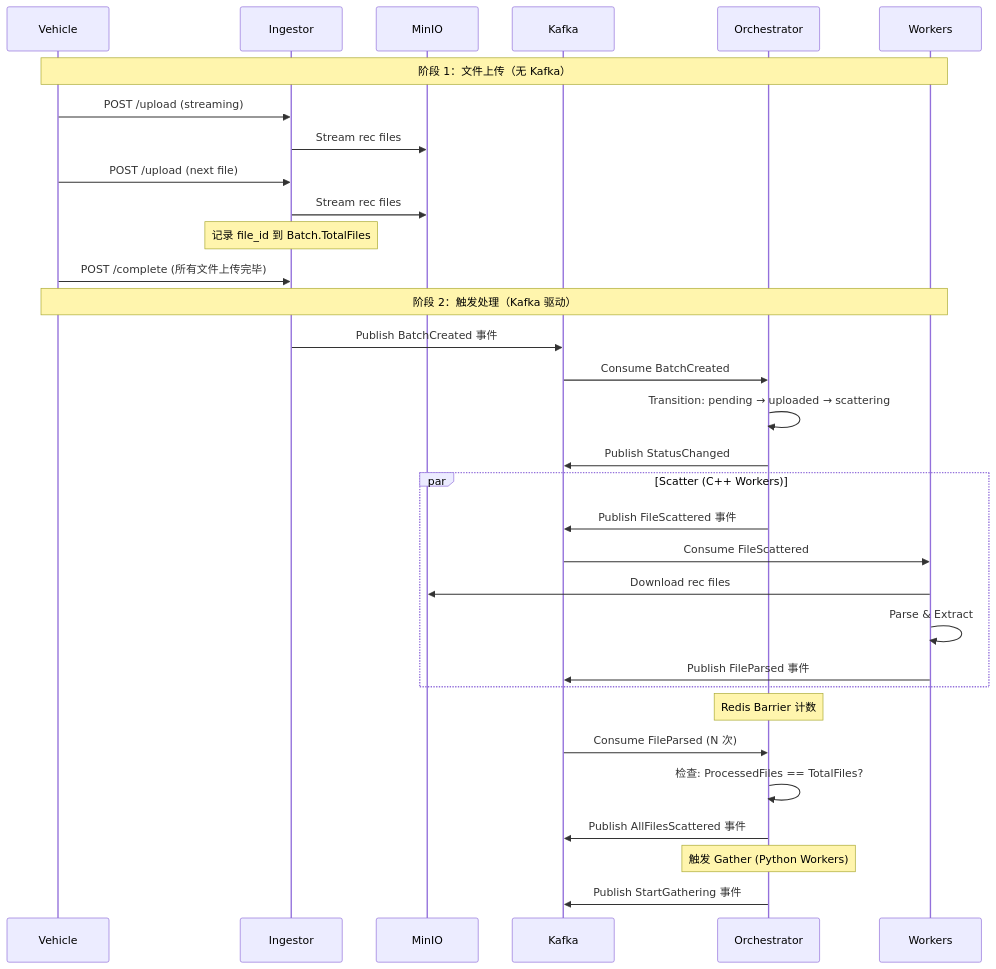
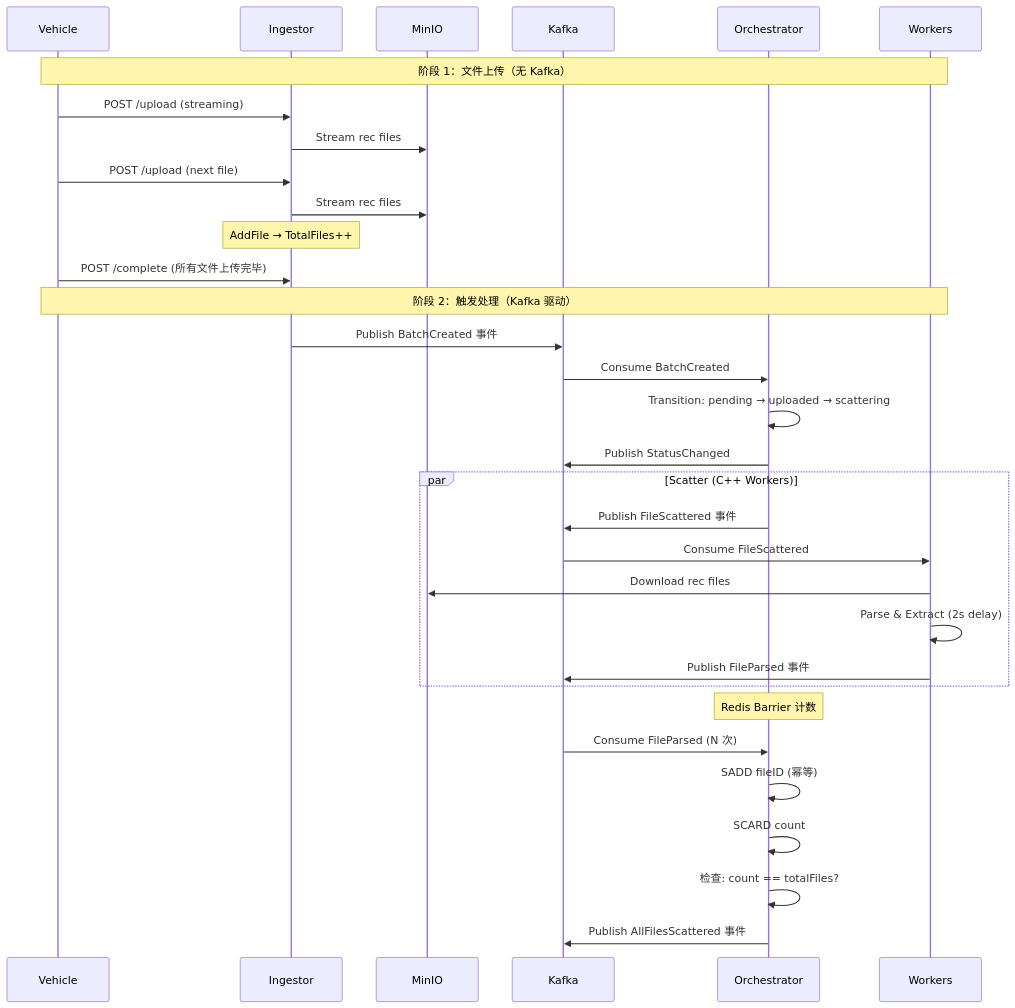
One commit to MISTRYUSER/Argus-OTA-Platform changed the first of 2 diagrams in docs/Argus_OTA_Platform.md. Above: the diagram before and after it, drawn with Mermaid. The commit also changed other lines of this file and 18 other files, not shown here.

````diff
--- a/docs/Argus_OTA_Platform.md
+++ b/docs/Argus_OTA_Platform.md
@@ -95,39 +118,38 @@
 ```mermaid
 sequenceDiagram
     participant Vehicle
     participant Ingestor
     participant MinIO
     participant Kafka
     participant Orchestrator
     participant Workers
 
     Note over Vehicle,Workers: 阶段 1：文件上传（无 Kafka）
     Vehicle->>Ingestor: POST /upload (streaming)
     Ingestor->>MinIO: Stream rec files
     Vehicle->>Ingestor: POST /upload (next file)
     Ingestor->>MinIO: Stream rec files
-    Note over Ingestor: 记录 file_id 到 Batch.TotalFiles
+    Note over Ingestor: AddFile → TotalFiles++
     Vehicle->>Ingestor: POST /complete (所有文件上传完毕)
 
     Note over Vehicle,Workers: 阶段 2：触发处理（Kafka 驱动）
     Ingestor->>Kafka: Publish BatchCreated 事件
     Kafka->>Orchestrator: Consume BatchCreated
     Orchestrator->>Orchestrator: Transition: pending → uploaded → scattering
     Orchestrator->>Kafka: Publish StatusChanged
 
     par Scatter (C++ Workers)
         Orchestrator->>Kafka: Publish FileScattered 事件
         Kafka->>Workers: Consume FileScattered
         Workers->>MinIO: Download rec files
-        Workers->>Workers: Parse & Extract
+        Workers->>Workers: Parse & Extract (2s delay)
         Workers->>Kafka: Publish FileParsed 事件
     end
 
     Note over Orchestrator: Redis Barrier 计数
     Kafka->>Orchestrator: Consume FileParsed (N 次)
-    Orchestrator->>Orchestrator: 检查: ProcessedFiles == TotalFiles?
+    Orchestrator->>Orchestrator: SADD fileID (幂等)
+    Orchestrator->>Orchestrator: SCARD count
+    Orchestrator->>Orchestrator: 检查: count == totalFiles?
     Orchestrator->>Kafka: Publish AllFilesScattered 事件
-
-    Note over Orchestrator: 触发 Gather (Python Workers)
-    Orchestrator->>Kafka: Publish StartGathering 事件
 ```
````
